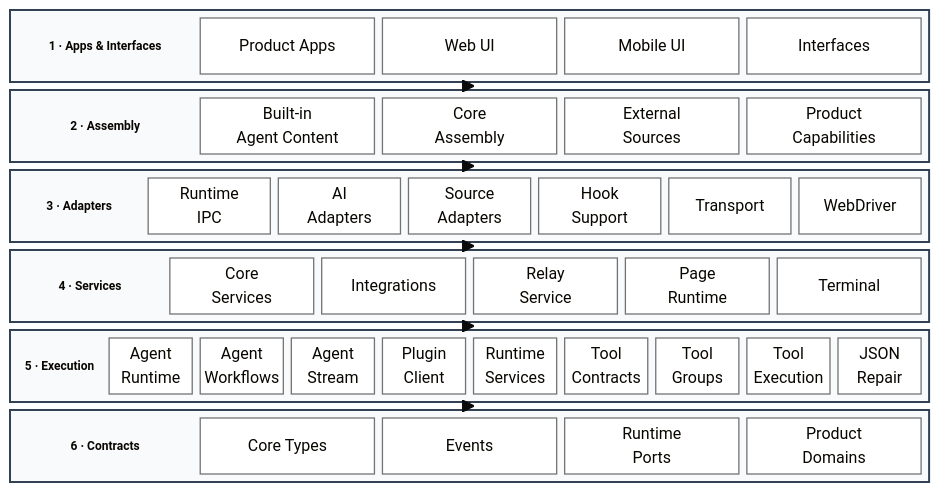
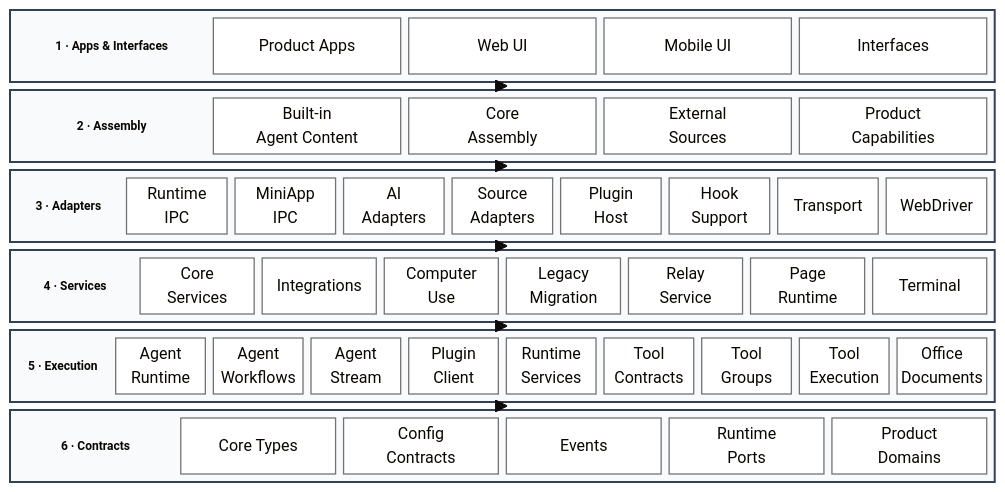
One commit to GCWing/OpenBitFun changed the second of 16 diagrams in docs/architecture/product-architecture.md. Above: the diagram before and after it, drawn with Mermaid. The commit also changed other lines of this file and 1 other file, not shown here.

First line of the commit message:
docs(architecture): correct module inventory and Computer Use ownership

````diff
--- a/docs/architecture/product-architecture.md
+++ b/docs/architecture/product-architecture.md
@@ -137,53 +137,53 @@
 ```mermaid
 %%{init: {"theme":"base","block":{"padding":8}}}%%
 block-beta
   columns 1
 
   block:AppsLayer
     columns 5
     AppsTitle["1 · Apps & Interfaces"] ProductApps["Product Apps"] WebUI["Web UI"] MobileUI["Mobile UI"] Interfaces["Interfaces"]
   end
 
   block:AssemblyLayer
     columns 5
     AssemblyTitle["2 · Assembly"] AgentContent["Built-in<br/>Agent Content"] CoreAssembly["Core<br/>Assembly"] ExternalSources["External<br/>Sources"] ProductCaps["Product<br/>Capabilities"]
   end
 
   block:AdaptersLayer
-    columns 7
-    AdaptersTitle["3 · Adapters"] RuntimeIPC["Runtime<br/>IPC"] AIAdapters["AI<br/>Adapters"] SourceAdapters["Source<br/>Adapters"] HookSupport["Hook<br/>Support"] Transport["Transport"] WebDriver["WebDriver"]
+    columns 9
+    AdaptersTitle["3 · Adapters"] RuntimeIPC["Runtime<br/>IPC"] MiniAppIPC["MiniApp<br/>IPC"] AIAdapters["AI<br/>Adapters"] SourceAdapters["Source<br/>Adapters"] PluginHost["Plugin<br/>Host"] HookSupport["Hook<br/>Support"] Transport["Transport"] WebDriver["WebDriver"]
   end
 
   block:ServicesLayer
-    columns 6
-    ServicesTitle["4 · Services"] CoreServices["Core<br/>Services"] Integrations["Integrations"] RelayService["Relay<br/>Service"] PageRuntime["Page<br/>Runtime"] Terminal["Terminal"]
+    columns 8
+    ServicesTitle["4 · Services"] CoreServices["Core<br/>Services"] Integrations["Integrations"] ComputerUse["Computer<br/>Use"] LegacyMigration["Legacy<br/>Migration"] RelayService["Relay<br/>Service"] PageRuntime["Page<br/>Runtime"] Terminal["Terminal"]
   end
 
   block:ExecutionLayer
     columns 10
-    ExecutionTitle["5 · Execution"] AgentRuntime["Agent<br/>Runtime"] AgentWorkflows["Agent<br/>Workflows"] AgentStream["Agent<br/>Stream"] PluginClient["Plugin<br/>Client"] RuntimeServices["Runtime<br/>Services"] ToolContracts["Tool<br/>Contracts"] ToolGroups["Tool<br/>Groups"] ToolExecution["Tool<br/>Execution"] JSONRepair["JSON<br/>Repair"]
+    ExecutionTitle["5 · Execution"] AgentRuntime["Agent<br/>Runtime"] AgentWorkflows["Agent<br/>Workflows"] AgentStream["Agent<br/>Stream"] PluginClient["Plugin<br/>Client"] RuntimeServices["Runtime<br/>Services"] ToolContracts["Tool<br/>Contracts"] ToolGroups["Tool<br/>Groups"] ToolExecution["Tool<br/>Execution"] OfficeDocuments["Office<br/>Documents"]
   end
 
   block:ContractsLayer
-    columns 5
-    ContractsTitle["6 · Contracts"] CoreTypes["Core Types"] Events["Events"] RuntimePorts["Runtime<br/>Ports"] ProductDomains["Product<br/>Domains"]
+    columns 6
+    ContractsTitle["6 · Contracts"] CoreTypes["Core Types"] ConfigContracts["Config<br/>Contracts"] Events["Events"] RuntimePorts["Runtime<br/>Ports"] ProductDomains["Product<br/>Domains"]
   end
 
   AppsLayer --> AssemblyLayer
   AssemblyLayer --> AdaptersLayer
   AdaptersLayer --> ServicesLayer
   ServicesLayer --> ExecutionLayer
   ExecutionLayer --> ContractsLayer
 
   classDef module fill:#ffffff,stroke:#737373,stroke-width:1.3px,color:#171717
   classDef sectionTitle fill:transparent,stroke:transparent,color:#171717,font-size:12px,font-weight:600
-  class ProductApps,WebUI,MobileUI,Interfaces,AgentContent,CoreAssembly,ExternalSources,ProductCaps,RuntimeIPC,AIAdapters,SourceAdapters,HookSupport,Transport,WebDriver,CoreServices,Integrations,RelayService,PageRuntime,Terminal,AgentRuntime,AgentWorkflows,AgentStream,PluginClient,RuntimeServices,ToolContracts,ToolGroups,ToolExecution,JSONRepair,CoreTypes,Events,RuntimePorts,ProductDomains module
+  class ProductApps,WebUI,MobileUI,Interfaces,AgentContent,CoreAssembly,ExternalSources,ProductCaps,RuntimeIPC,MiniAppIPC,AIAdapters,SourceAdapters,PluginHost,HookSupport,Transport,WebDriver,CoreServices,Integrations,ComputerUse,LegacyMigration,RelayService,PageRuntime,Terminal,AgentRuntime,AgentWorkflows,AgentStream,PluginClient,RuntimeServices,ToolContracts,ToolGroups,ToolExecution,OfficeDocuments,CoreTypes,ConfigContracts,Events,RuntimePorts,ProductDomains module
   class AppsTitle,AssemblyTitle,AdaptersTitle,ServicesTitle,ExecutionTitle,ContractsTitle sectionTitle
 
   style AppsLayer fill:#f8fafc,stroke:#334155,stroke-width:2px
   style AssemblyLayer fill:#f8fafc,stroke:#334155,stroke-width:2px
   style AdaptersLayer fill:#f8fafc,stroke:#334155,stroke-width:2px
   style ServicesLayer fill:#f8fafc,stroke:#334155,stroke-width:2px
   style ExecutionLayer fill:#f8fafc,stroke:#334155,stroke-width:2px
   style ContractsLayer fill:#f8fafc,stroke:#334155,stroke-width:2px
 ```
````
